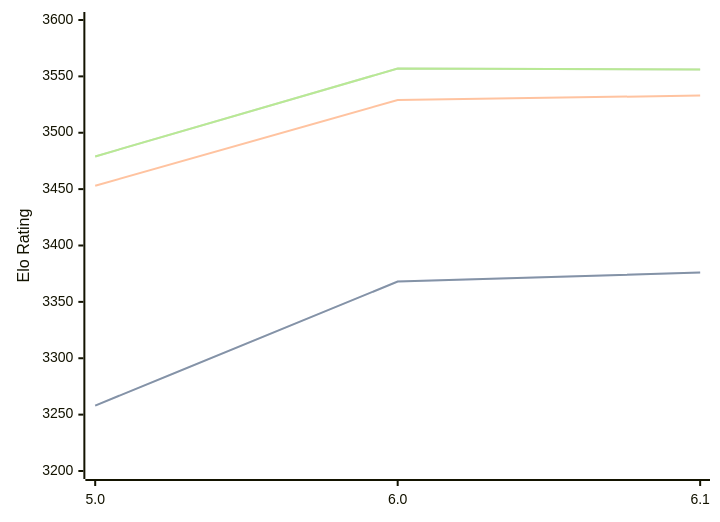
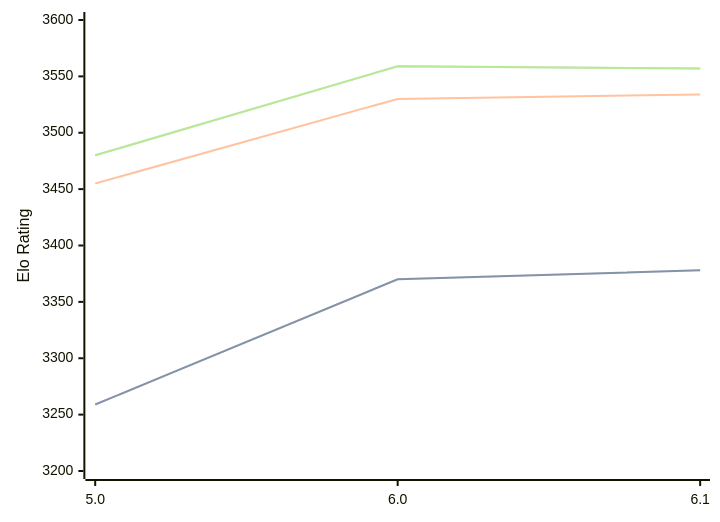
One commit to computer-chess-index/cci changed the diagram in engines/Starzix.md. Above: the diagram before and after it, drawn with Mermaid. The commit also changed other lines of this file, not shown here.

Commit message:
Update CCI Ratings (ELO VLTC) - 2026-05-06

````diff
--- a/engines/Starzix.md
+++ b/engines/Starzix.md
@@ -37,11 +37,11 @@
 ```mermaid
 %%{init: {"theme":"base","themeVariables":{"seriesColors:['#a3a3a3','#222221','#faa371']}}}%%
 xychart-beta
   x-axis ["5.0", "6.0", "6.1"]
   y-axis "Elo Rating" 3200 --> 3600
-  line "STC (8.0+0.08s)" [3258, 3368, 3376]
-  line "STC (8.0+0.08s)" [3258, 3368, 3376]
-  line "LTC (60.0+0.60s)" [3453, 3529, 3533]
-  line "VLTC (2m24s+1.12s)" [3479, 3557, 3556]
-  line "VLTC (2m24s+1.12s)" [3479, 3557, 3556]
+  line "STC (8.0+0.08s)" [3259, 3370, 3378]
+  line "STC (8.0+0.08s)" [3259, 3370, 3378]
+  line "LTC (60.0+0.60s)" [3455, 3530, 3534]
+  line "VLTC (2m24s+1.12s)" [3480, 3559, 3557]
+  line "VLTC (2m24s+1.12s)" [3480, 3559, 3557]
 ```
````
